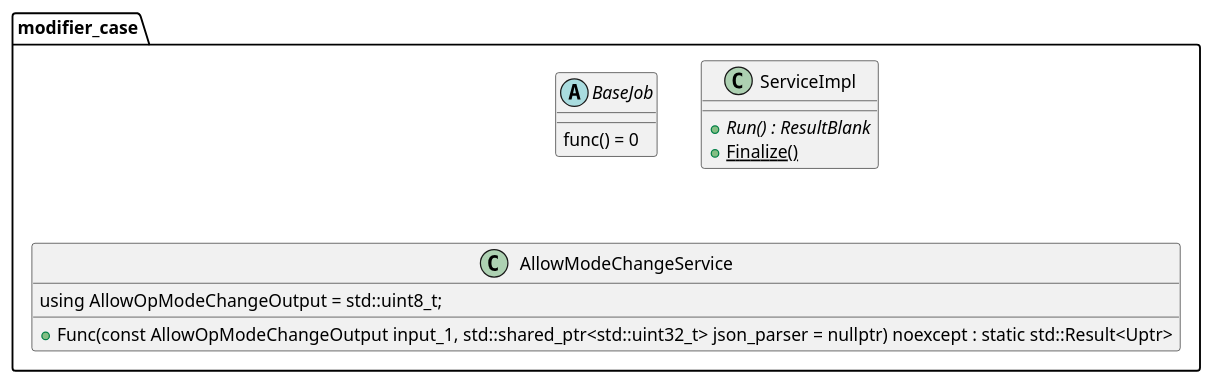
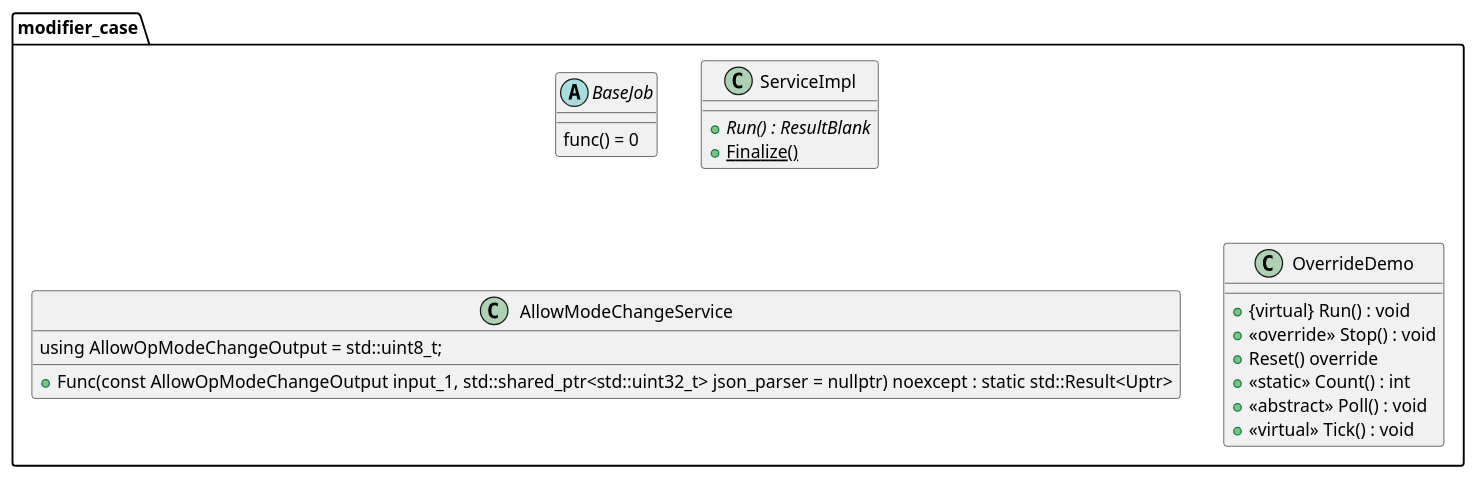
The diagram in plantuml/parser/integration_test/class_diagram/class_diagram_modifiers/class_diagram_modifiers.puml (eclipse-score/tooling), drawn with PlantUML before and after one commit. The commit also changed 35 other files, not shown here.

First line of the commit message:
[plantuml tooling] Add support for override, virtual and noexcept

```diff
--- a/plantuml/parser/integration_test/class_diagram/class_diagram_modifiers/class_diagram_modifiers.puml
+++ b/plantuml/parser/integration_test/class_diagram/class_diagram_modifiers/class_diagram_modifiers.puml
@@ -13,19 +13,28 @@
 @startuml class_diagram_modifiers
 
 package modifier_case {
     abstract class BaseJob {
         func() = 0
     }
 
     class ServiceImpl {
-        {abstract} + Run() : ResultBlank
-        {static} + Finalize()
+        + {abstract} Run() : ResultBlank
+        + {static} Finalize()
     }
 
     class AllowModeChangeService {
         using AllowOpModeChangeOutput = std::uint8_t;
         + Func(const AllowOpModeChangeOutput input_1, std::shared_ptr<std::uint32_t> json_parser = nullptr) noexcept : static std::Result<Uptr>
     }
+
+    class OverrideDemo {
+        + {virtual} Run() : void
+        + <<override>> Stop() : void
+        + Reset() override
+        + <<static>> Count() : int
+        + <<abstract>> Poll() : void
+        + <<virtual>> Tick() : void
+    }
 }
 
 @enduml
```
